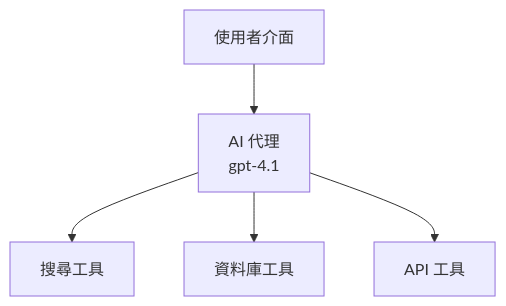
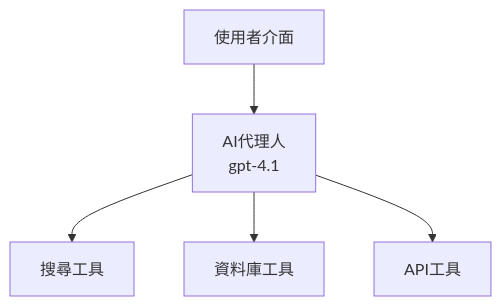
Before and after one commit to microsoft/AZD-for-beginners: the first of 3 diagrams in translations/zh-TW/docs/chapter-02-ai-development/agents.md, drawn with Mermaid. The commit also changed other lines of this file and 101 other files, not shown here.

````diff
--- a/translations/zh-TW/docs/chapter-02-ai-development/agents.md
+++ b/translations/zh-TW/docs/chapter-02-ai-development/agents.md
@@ -152,7 +157,7 @@
 ```mermaid
 graph TD
-    UI[使用者介面] --> Agent[AI 代理<br/>gpt-4.1]
+    UI[使用者介面] --> Agent[AI代理人<br/>gpt-4.1]
     Agent --> Search[搜尋工具]
     Agent --> Database[資料庫工具]
-    Agent --> API[API 工具]
+    Agent --> API[API工具]
 ```
````
